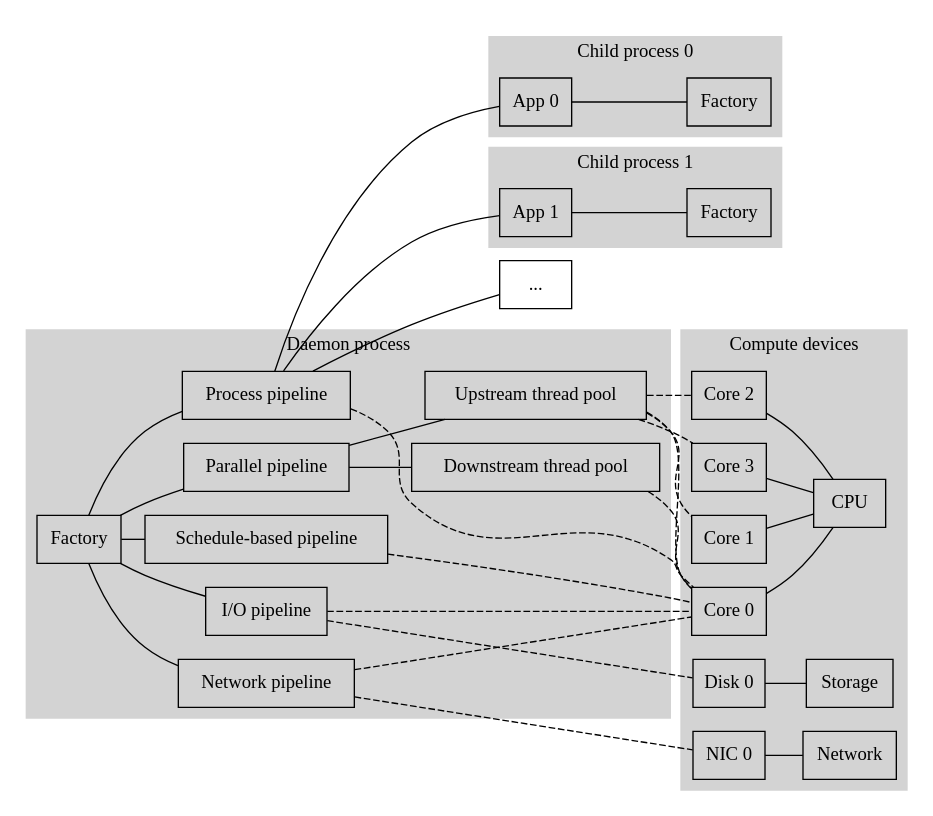
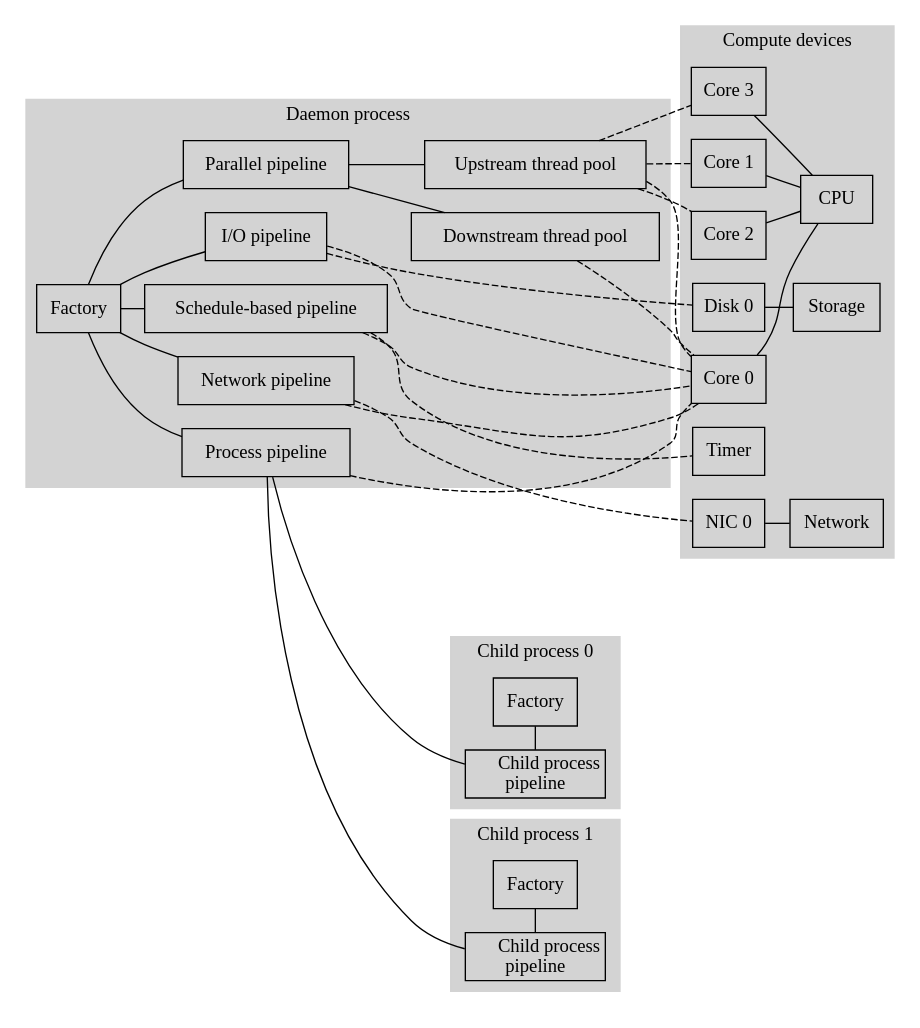
One commit to igankevich/arma-thesis changed the second of 2 diagrams in phd-diss.org. Above: the diagram before and after it, drawn with Graphviz.

Commit message:
Tweak pipeline graph.

```diff
--- a/phd-diss.org
+++ b/phd-diss.org
@@ -1964,6 +1964,8 @@
     network [label="Network"]
     nic0 [label="NIC 0"]
 
+    timer [label="Timer"]
+
   }
 
   core0--cpu
@@ -1983,6 +1985,7 @@
   io_ppl--core0 [style="dashed"]
   io_ppl--disk0 [style="dashed"]
   sched_ppl--core0 [style="dashed"]
+  sched_ppl--timer [style="dashed"]
   net_ppl--core0 [style="dashed"]
   net_ppl--nic0 [style="dashed"]
   proc_ppl--core0 [style="dashed"]
@@ -1995,25 +1998,28 @@
       label="Child process 0"
       style=filled
       color=lightgrey
+      labeljust=right
 
-      app0 [label="App 0"]
       app0_factory [label="Factory"]
+      app0 [label="Child process\rpipeline"]
     }
 
     subgraph cluster_child1 {
       label="Child process 1"
       style=filled
       color=lightgrey
+      labeljust=right
 
-      app1 [label="App 1"]
       app1_factory [label="Factory"]
+      app1 [label="Child process\rpipeline"]
     }
-    appN [label="..."]
   }
 
-  proc_ppl--app0--app0_factory
-  proc_ppl--app1--app1_factory
-  proc_ppl--appN
+  proc_ppl--app0
+  proc_ppl--app1
+
+  app0_factory--app0 [constraint=false]
+  app1_factory--app1 [constraint=false]
 
 }
 #+end_src
```
